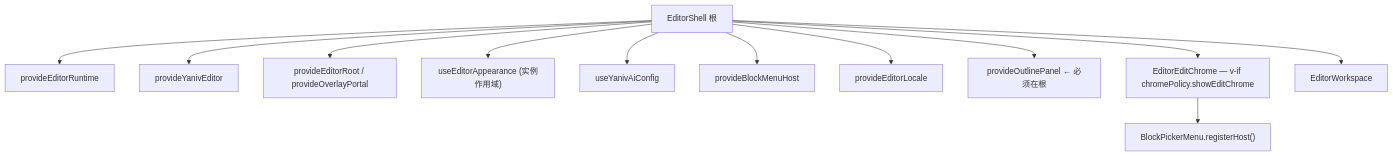
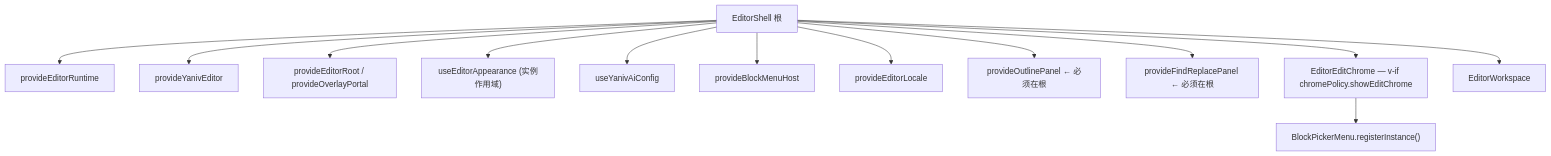
One commit to YanivWang/yaniv-editor changed the second of 2 diagrams in ARCHITECTURE.md. Above: the diagram before and after it, drawn with Mermaid. The commit also changed other lines of this file and 260 other files, not shown here.

````diff
--- a/ARCHITECTURE.md
+++ b/ARCHITECTURE.md
@@ -725,15 +780,16 @@
 ```mermaid
 flowchart TB
   EditorShell["EditorShell 根"]
   EditorShell --> runtime["provideEditorRuntime"]
   EditorShell --> editor["provideYanivEditor"]
   EditorShell --> editorRoot["provideEditorRoot / provideOverlayPortal"]
   EditorShell --> appearance["useEditorAppearance (实例作用域)"]
   EditorShell --> ai["useYanivAiConfig"]
   EditorShell --> blockHost["provideBlockMenuHost"]
   EditorShell --> locale["provideEditorLocale"]
   EditorShell --> outline["provideOutlinePanel ← 必须在根"]
+  EditorShell --> findReplace["provideFindReplacePanel ← 必须在根"]
   EditorShell --> EditChrome["EditorEditChrome — v-if chromePolicy.showEditChrome"]
   EditorShell --> Workspace["EditorWorkspace"]
-  EditChrome --> BlockPicker["BlockPickerMenu.registerHost()"]
+  EditChrome --> BlockPicker["BlockPickerMenu.registerInstance()"]
 ```
````
